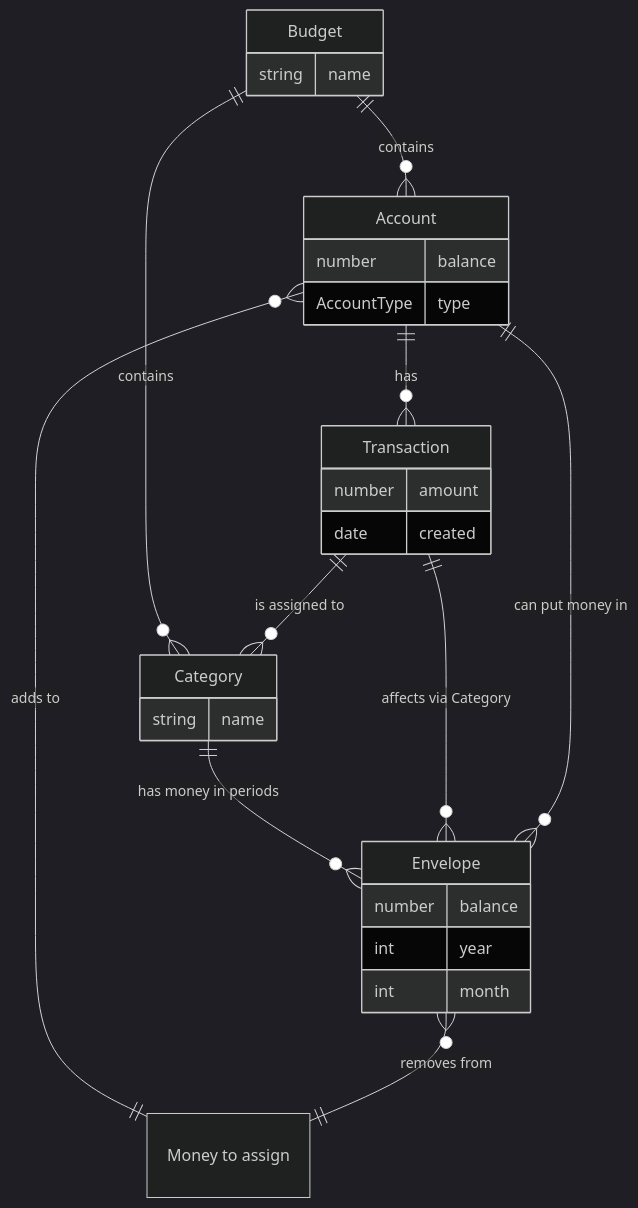
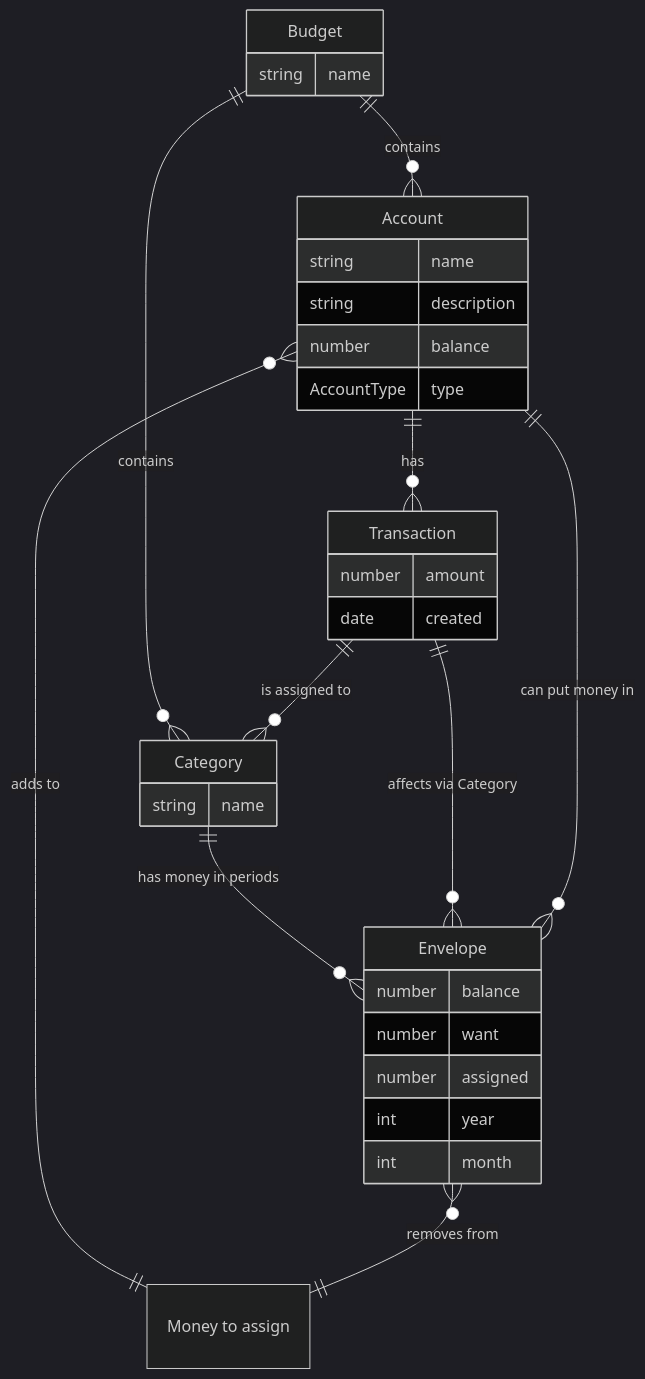
Before and after one commit to BlockCat/cat_budget: the diagram in README.md, drawn with Mermaid (dark theme). The commit also changed other lines of this file and 3 other files, not shown here.

````diff
--- a/README.md
+++ b/README.md
@@ -54,39 +60,44 @@
 ```mermaid
 erDiagram
     Budget ||--o{ Account : "contains"
     Budget ||--o{ Category : "contains"
     
     Account ||--o{ Transaction : "has"
     Account }o--|| "Money to assign" : "adds to"
 
     Transaction ||--o{ Category : "is assigned to"
     Category ||--o{ Envelope : "has money in periods"
     Transaction ||--o{ Envelope : "affects via Category"
     Account ||--o{ Envelope : "can put money in"
     Envelope }o--|| "Money to assign" : "removes from"
 
 
     Budget {
         string name
     }
 
     Account {
+        string name
+        string description
         number balance
         AccountType type
     }
 
     Transaction {
         number amount
         date created 
     }
 
     Envelope {
         number balance
+        number want
+        number assigned
         int year
         int month
     }
 
     Category {
         string name
     }
+
 ```
````
